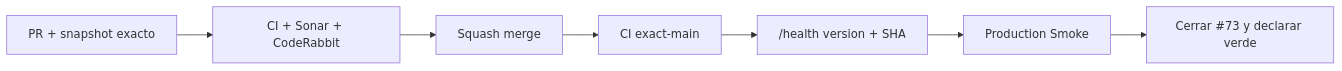
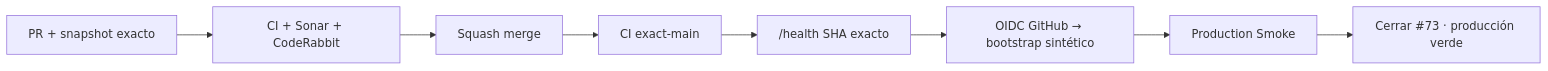
Before and after one commit to pl0n3r/GrindFlow: the diagram in README.md, drawn with Mermaid. The commit also changed other lines of this file and 10 other files, not shown here.

Commit message:
fix(production): harden OIDC smoke bootstrap (v0.1.122)

````diff
--- a/README.md
+++ b/README.md
@@ -47,9 +48,10 @@
 ```mermaid
 flowchart LR
  A["PR + snapshot exacto"] --> C["CI + Sonar + CodeRabbit"]
  C --> M["Squash merge"]
  M --> X["CI exact-main"]
- X --> H["/health version + SHA"]
- H --> S["Production Smoke"]
- S --> G["Cerrar #73 y declarar verde"]
+ X --> H["/health SHA exacto"]
+ H --> O["OIDC GitHub → bootstrap sintético"]
+ O --> S["Production Smoke"]
+ S --> G["Cerrar #73 · producción verde"]
 ```
````
